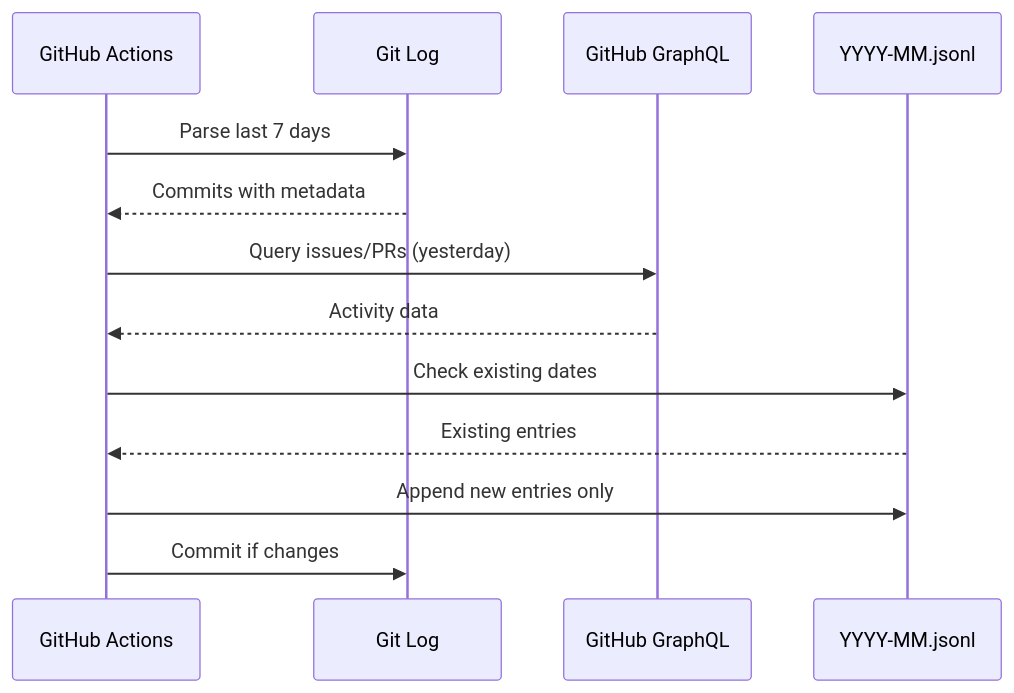
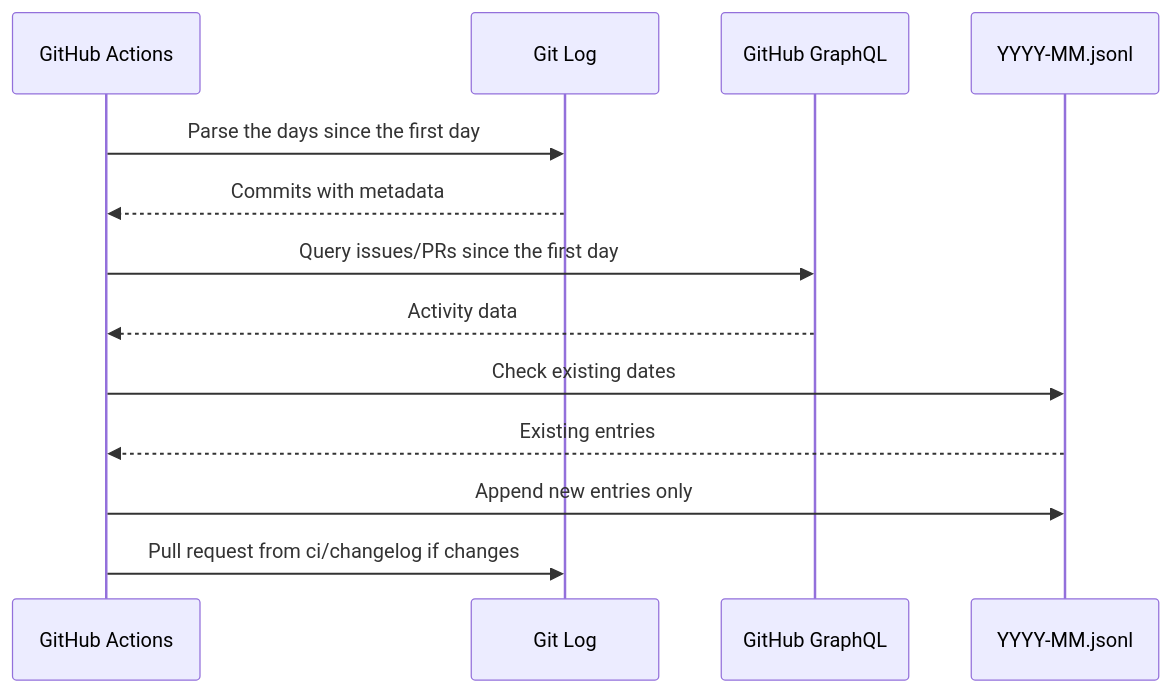
The second of 2 diagrams in codex-history/README.md (framerslab/codex), drawn with Mermaid before and after one commit. The commit also changed other lines of this file and 4 other files, not shown here.

First line of the commit message:
docs: the changelog runs weekly and reaches master through a pull request from ci/changelog, the block tag enhancement opens a pull request or pushes to a labelled one with FRAMERS_BUMP_TOKEN, and the history files are the monthly JSONL files

````diff
--- a/codex-history/README.md
+++ b/codex-history/README.md
@@ -44,16 +44,16 @@
 ```mermaid
 sequenceDiagram
     participant GHA as GitHub Actions
     participant Git as Git Log
     participant API as GitHub GraphQL
     participant File as YYYY-MM.jsonl
     
-    GHA->>Git: Parse last 7 days
+    GHA->>Git: Parse the days since the first day
     Git-->>GHA: Commits with metadata
-    GHA->>API: Query issues/PRs (yesterday)
+    GHA->>API: Query issues/PRs since the first day
     API-->>GHA: Activity data
     GHA->>File: Check existing dates
     File-->>GHA: Existing entries
     GHA->>File: Append new entries only
-    GHA->>Git: Commit if changes
+    GHA->>Git: Pull request from ci/changelog if changes
 ```
````
